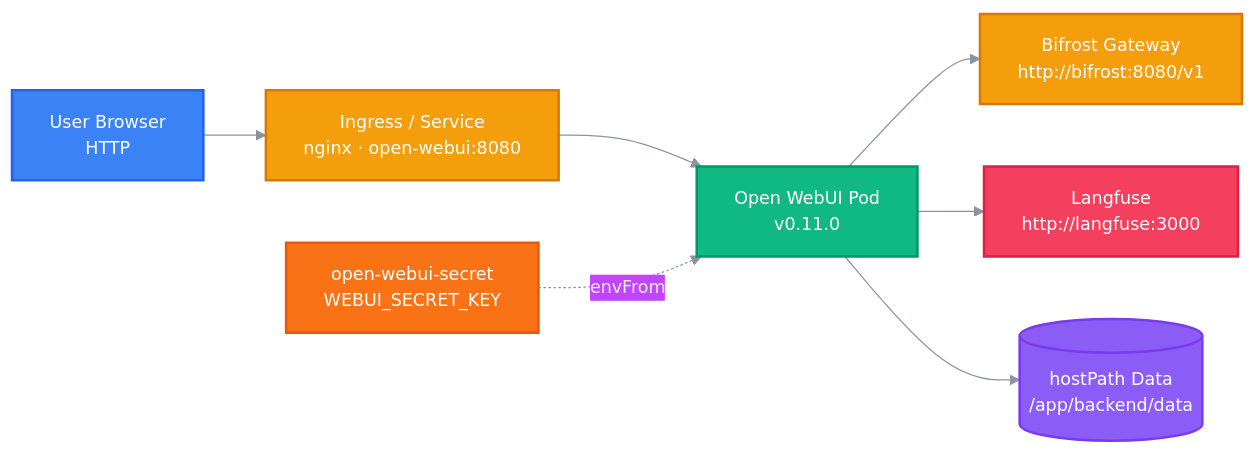
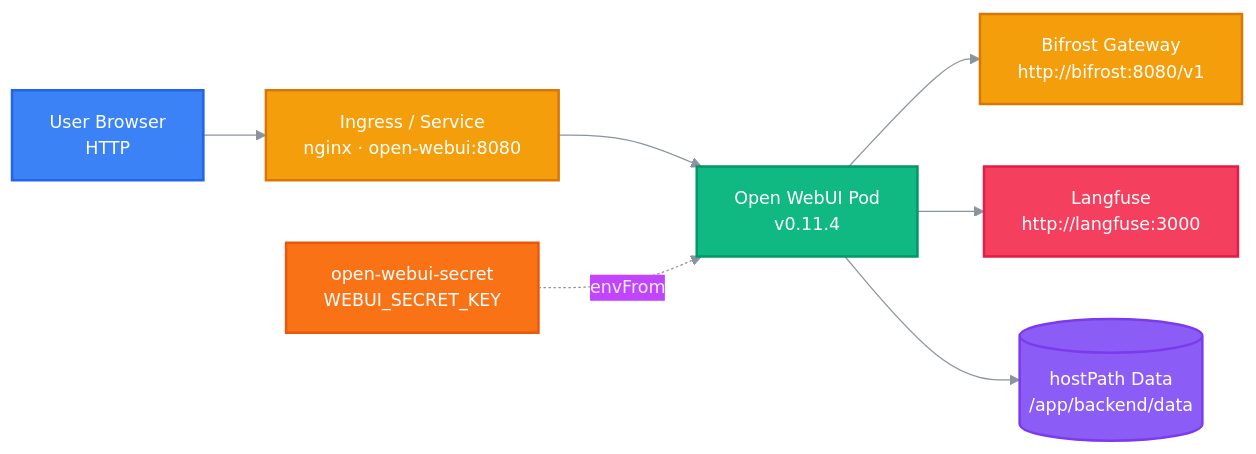
One commit to kairosys/open-webui changed the diagram in README.md. Above: the diagram before and after it, drawn with Mermaid. The commit also changed other lines of this file and 2 other files, not shown here.

Commit message:
chore: update Open WebUI to v0.11.4

````diff
--- a/README.md
+++ b/README.md
@@ -92,32 +92,32 @@
 ```mermaid
 %%{init: {
   'theme': 'base',
   'themeVariables': {
     'fontSize': '14px',
     'darkMode': true,
     'lineColor': '#8B949E',
     'textColor': '#E6EDF3'
   }
 }}%%
 graph LR
     U[User Browser<br/>HTTP] --> I[Ingress / Service<br/>nginx · open-webui:8080]
-    I --> P[Open WebUI Pod<br/>v0.11.0]
+    I --> P[Open WebUI Pod<br/>v0.11.4]
     P --> B[Bifrost Gateway<br/>http://bifrost:8080/v1]
     P --> L[Langfuse<br/>http://langfuse:3000]
     P --> D[(hostPath Data<br/>/app/backend/data)]
     SEC[open-webui-secret<br/>WEBUI_SECRET_KEY] -. envFrom .-> P
 
     classDef client fill:#3B82F6,stroke:#2563EB,color:#fff,stroke-width:2px
     classDef gateway fill:#F59E0B,stroke:#D97706,color:#fff,stroke-width:2px
     classDef service fill:#10B981,stroke:#059669,color:#fff,stroke-width:2px
     classDef data fill:#8B5CF6,stroke:#7C3AED,color:#fff,stroke-width:2px
     classDef external fill:#F43F5E,stroke:#E11D48,color:#fff,stroke-width:2px
     classDef auth fill:#F97316,stroke:#EA580C,color:#fff,stroke-width:2px
 
     class U client
     class I,B gateway
     class P service
     class D data
     class L external
     class SEC auth
 ```
````
